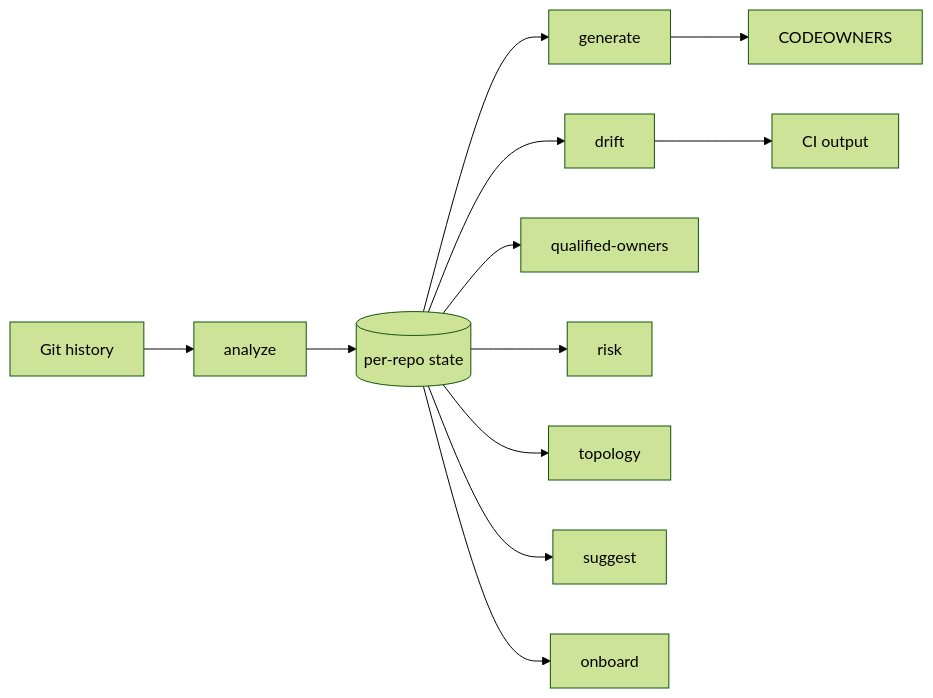
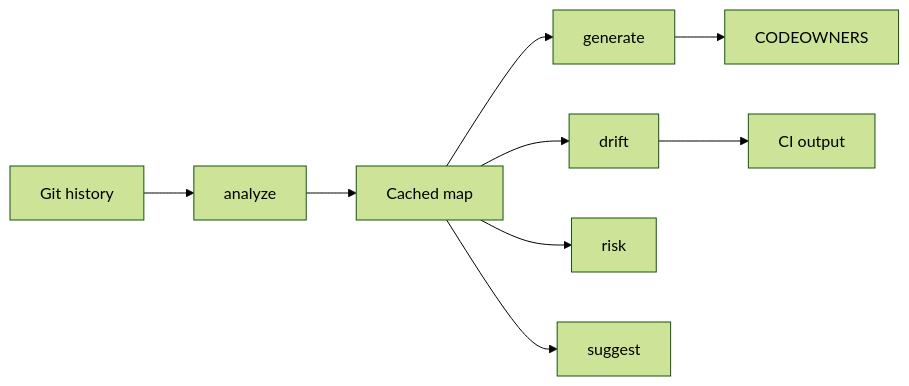
One commit to smusali/checkOwners changed the diagram in docs/USAGE.md. Above: the diagram before and after it, drawn with Mermaid (forest theme). The commit also changed other lines of this file and 252 other files, not shown here.

````diff
--- a/docs/USAGE.md
+++ b/docs/USAGE.md
@@ -9,14 +14,11 @@
 ```mermaid
 flowchart LR
-    Git[Git history] --> Analyze[analyze]
-    Analyze --> State[(per-repo state)]
-    State --> Generate[generate]
-    State --> Drift[drift]
-    State --> Owners[qualified-owners]
-    State --> Risk[risk]
-    State --> Topology[topology]
-    State --> Suggest[suggest]
-    State --> Onboard[onboard]
-    Generate --> CO[CODEOWNERS]
-    Drift --> CI[CI output]
+  Git["Git history"] --> Analyze["analyze"]
+  Analyze --> State["Cached map"]
+  State --> Generate["generate"]
+  State --> Drift["drift"]
+  State --> Risk["risk"]
+  State --> Suggest["suggest"]
+  Generate --> File["CODEOWNERS"]
+  Drift --> Report["CI output"]
 ```
````
